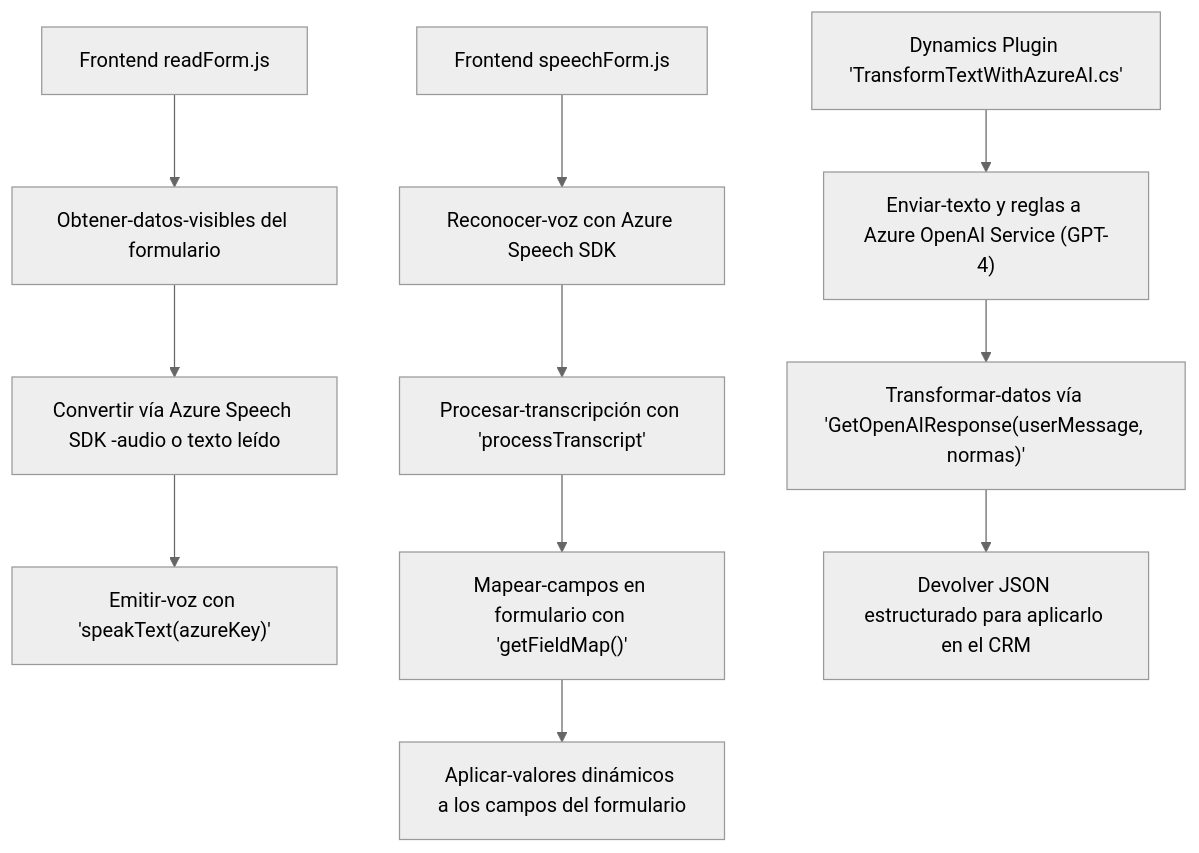
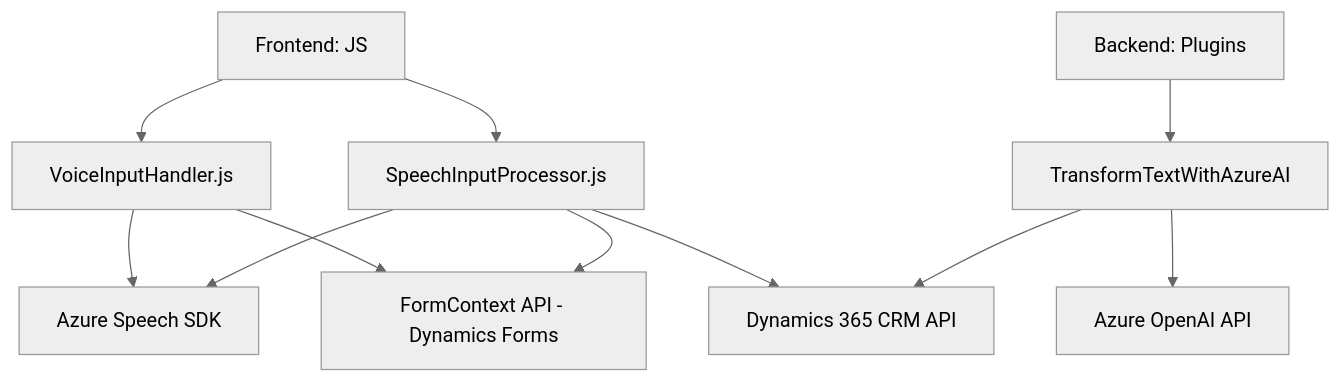
One commit to blopezdm/NETCORE_BILBAO2025 changed the diagram in README.md. Above: the diagram before and after it, drawn with Mermaid (neutral theme). The commit also changed other lines of this file, not shown here.

Commit message:
Actualizar análisis global de la solución con IA

````diff
--- a/README.md
+++ b/README.md
@@ -70,15 +59,13 @@
 ```mermaid
 graph TD
-    A["Frontend readForm.js"] --> B["Obtener-datos-visibles del formulario"]
-    B --> C["Convertir vía Azure Speech SDK -audio o texto leído"]
-    C --> D["Emitir-voz con 'speakText(azureKey)'"]
-
-    E["Frontend speechForm.js"] --> F["Reconocer-voz con Azure Speech SDK"]
-    F --> G["Procesar-transcripción con 'processTranscript'"]
-    G --> H["Mapear-campos en formulario con 'getFieldMap()'"]
-    H --> I["Aplicar-valores dinámicos a los campos del formulario"]
-
-    J["Dynamics Plugin 'TransformTextWithAzureAI.cs'"] --> K["Enviar-texto y reglas a Azure OpenAI Service (GPT-4)"]
-    K --> L["Transformar-datos vía 'GetOpenAIResponse(userMessage, normas)'"]
-    L --> M["Devolver JSON estructurado para aplicarlo en el CRM"]
+    A["Frontend: JS"] --> B["VoiceInputHandler.js"]
+    A --> C["SpeechInputProcessor.js"]
+    D["Backend: Plugins"] --> E["TransformTextWithAzureAI"]
+    B --> F["Azure Speech SDK"]
+    C --> F
+    C --> G["Dynamics 365 CRM API"]
+    E --> G
+    E --> H["Azure OpenAI API"]
+    B --> I["FormContext API - Dynamics Forms"]
+    C --> I
 ```
````
